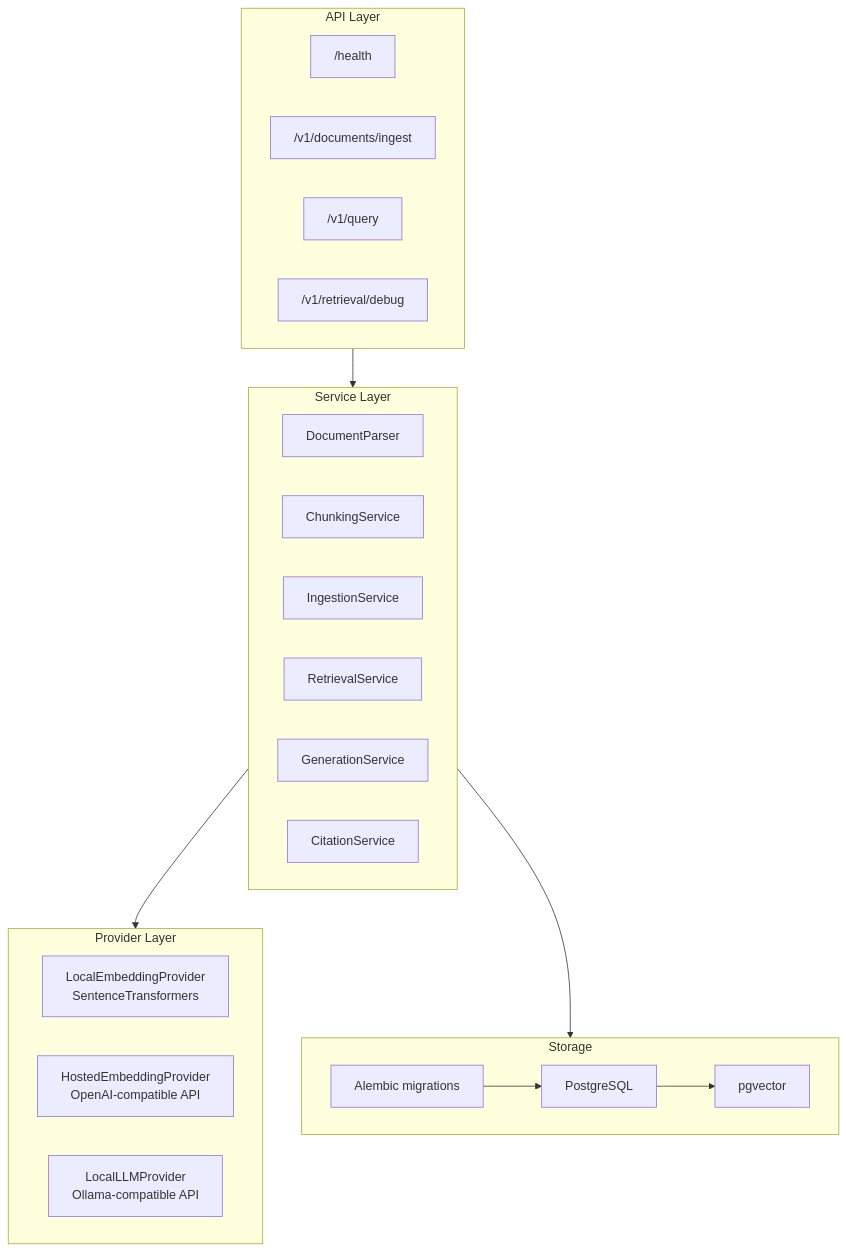
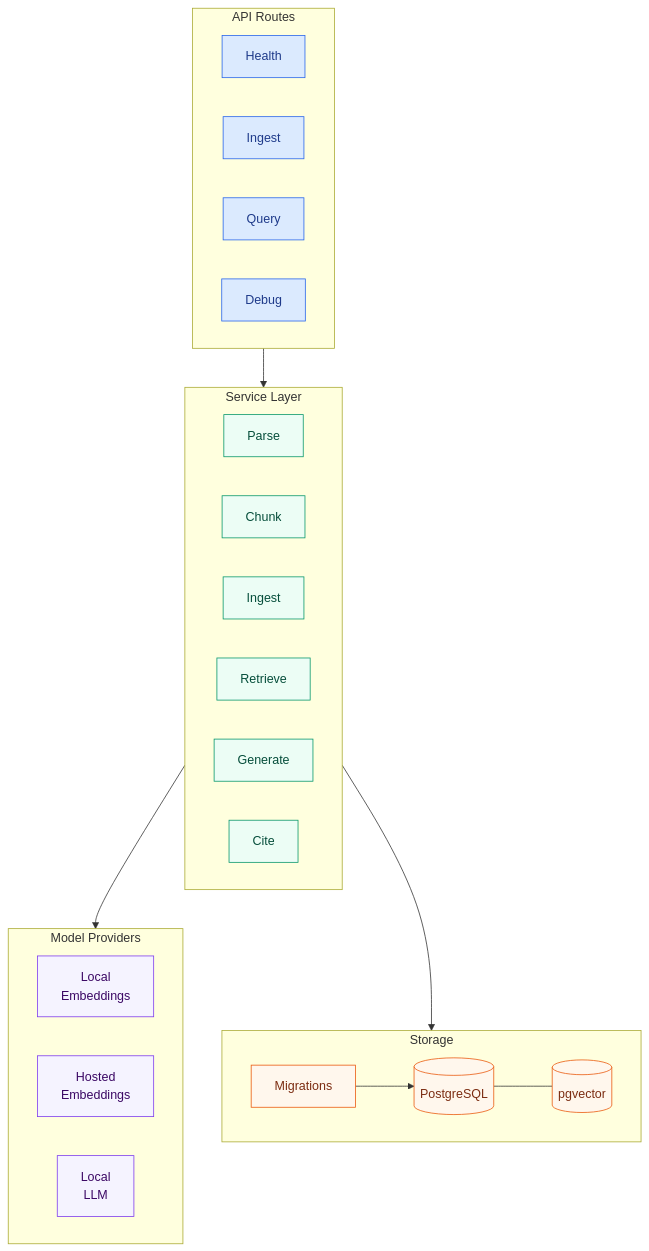
Before and after one commit to gaganm1124/knowledge-assistant: the third of 3 diagrams in README.md, drawn with Mermaid. The commit also changed other lines of this file, not shown here.

Commit message:
Update README with enhanced architecture diagrams and API flow; clarify components and interactions in the RAG pipeline

````diff
--- a/README.md
+++ b/README.md
@@ -75,36 +98,45 @@
 ```mermaid
 flowchart TB
-    subgraph API["API Layer"]
-        Health["/health"]
-        IngestRoute["/v1/documents/ingest"]
-        QueryRoute["/v1/query"]
-        DebugRoute["/v1/retrieval/debug"]
+    subgraph Routes["API Routes"]
+        direction LR
+        Health["Health"]:::route
+        IngestRoute["Ingest"]:::route
+        QueryRoute["Query"]:::route
+        DebugRoute["Debug"]:::route
     end
 
     subgraph Services["Service Layer"]
-        DocumentParser
-        ChunkingService
-        IngestionService
-        RetrievalService
-        GenerationService
-        CitationService
+        direction LR
+        ParseSvc["Parse"]:::service
+        ChunkSvc["Chunk"]:::service
+        IngestSvc["Ingest"]:::service
+        RetrievalSvc["Retrieve"]:::service
+        GenerationSvc["Generate"]:::service
+        CitationSvc["Cite"]:::service
     end
 
-    subgraph Providers["Provider Layer"]
-        LocalEmbeddings["LocalEmbeddingProvider<br/>SentenceTransformers"]
-        HostedEmbeddings["HostedEmbeddingProvider<br/>OpenAI-compatible API"]
-        LocalLLM["LocalLLMProvider<br/>Ollama-compatible API"]
+    subgraph Providers["Model Providers"]
+        direction LR
+        LocalEmbeddings["Local<br/>Embeddings"]:::provider
+        HostedEmbeddings["Hosted<br/>Embeddings"]:::provider
+        LocalLLM["Local<br/>LLM"]:::provider
     end
 
     subgraph Storage["Storage"]
-        Postgres["PostgreSQL"]
-        Pgvector["pgvector"]
-        Alembic["Alembic migrations"]
+        direction LR
+        Postgres[("PostgreSQL")]:::storage
+        Pgvector[("pgvector")]:::storage
+        Alembic["Migrations"]:::storage
     end
 
-    API --> Services
+    Routes --> Services
     Services --> Providers
     Services --> Storage
-    Postgres --> Pgvector
+    Postgres --- Pgvector
     Alembic --> Postgres
+
+    classDef route fill:#dbeafe,stroke:#2563eb,color:#1e3a8a;
+    classDef service fill:#ecfdf5,stroke:#059669,color:#064e3b;
+    classDef provider fill:#f5f3ff,stroke:#7c3aed,color:#3b0764;
+    classDef storage fill:#fff7ed,stroke:#ea580c,color:#7c2d12;
 ```
````
